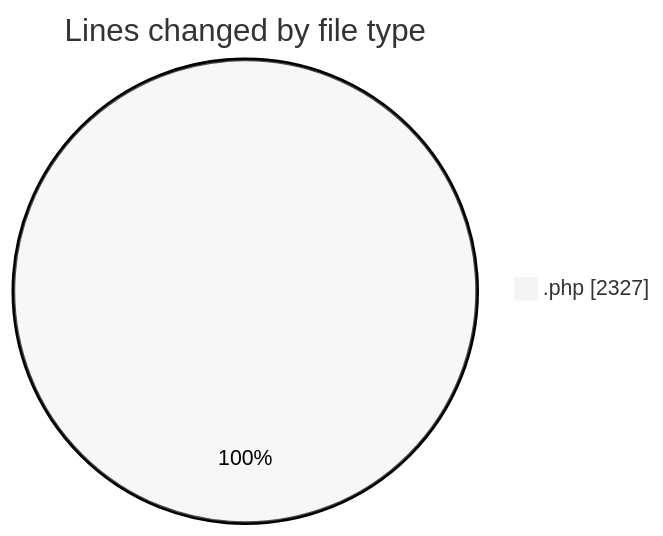
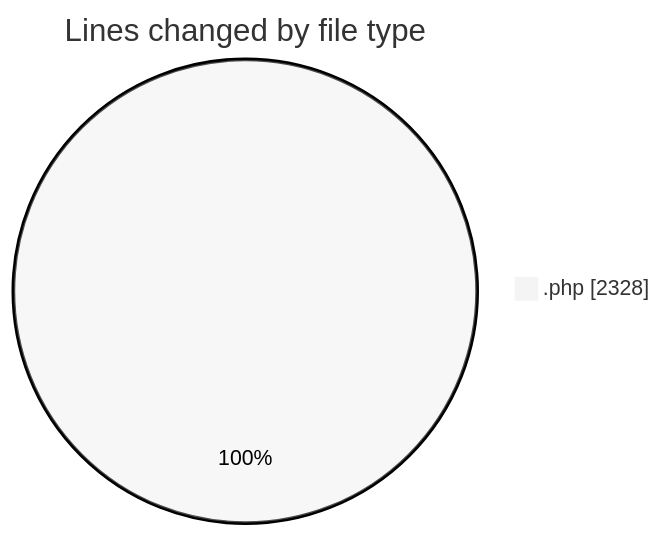
Before and after one commit to vahidmafi/code-tracking: the first of 2 diagrams in 2025-03-23/zeytoon/README.md, drawn with Mermaid (neutral theme). The commit also changed other lines of this file and 1 other file, not shown here.

````diff
--- a/2025-03-23/zeytoon/README.md
+++ b/2025-03-23/zeytoon/README.md
@@ -22,5 +22,5 @@
 ```mermaid
 pie showData
 title Lines changed by file type
-".php" : 2327
+".php" : 2328
 ```
````
